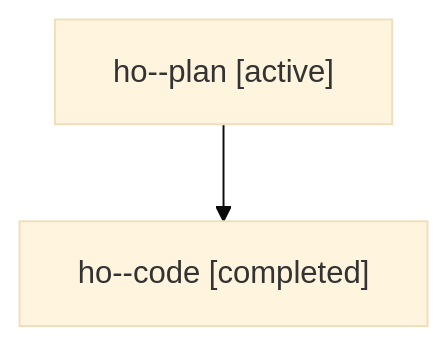
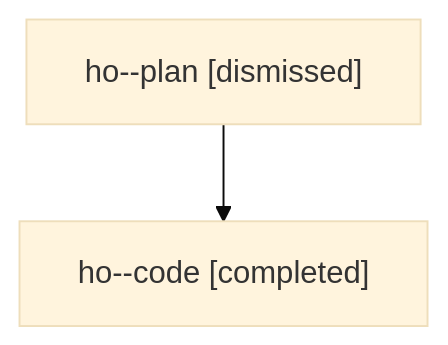
The diagram in sessions/bbugyi200.athena.ho.md (sase-org/sase--agents), drawn with Mermaid (base theme) before and after one commit. The commit also changed other lines of this file and 34 other files, not shown here.

````diff
--- a/sessions/bbugyi200.athena.ho.md
+++ b/sessions/bbugyi200.athena.ho.md
@@ -9,6 +9,6 @@
 ```mermaid
 flowchart TD
-  n0["ho--plan [active]"]
+  n0["ho--plan [dismissed]"]
   n1["ho--code [completed]"]
   n0 --> n1
 ```
````
